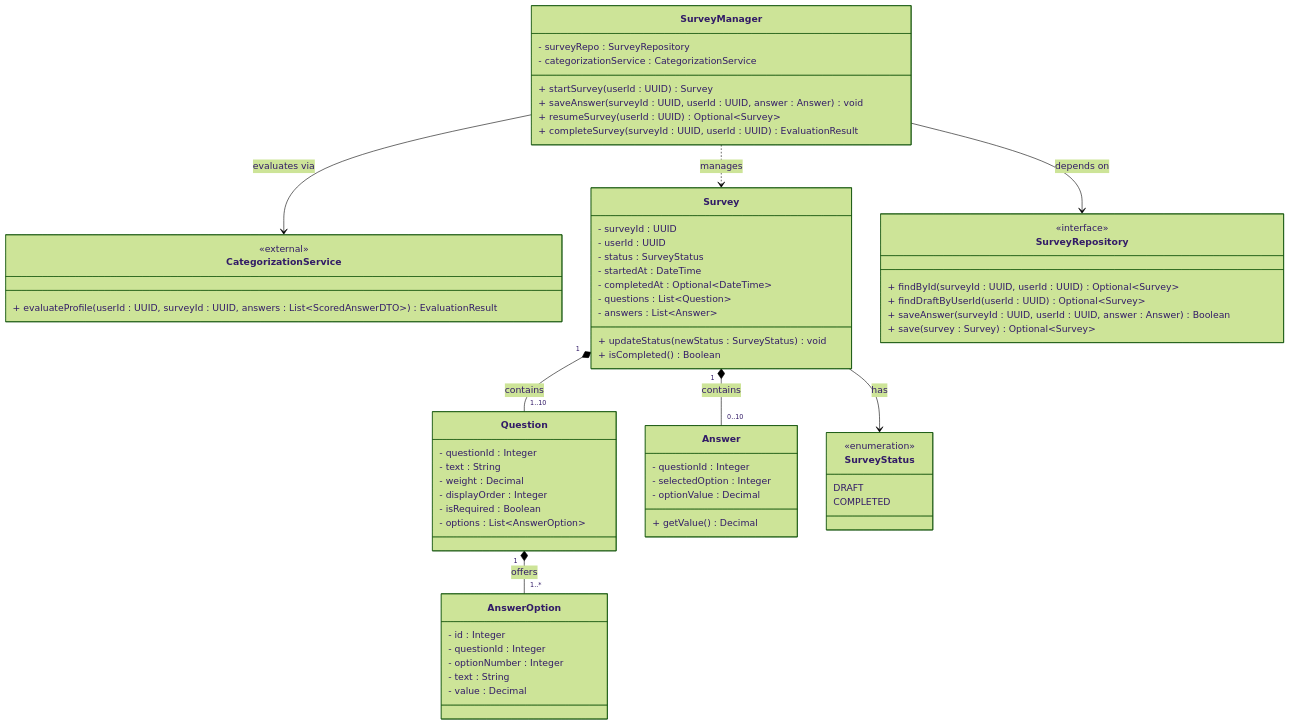
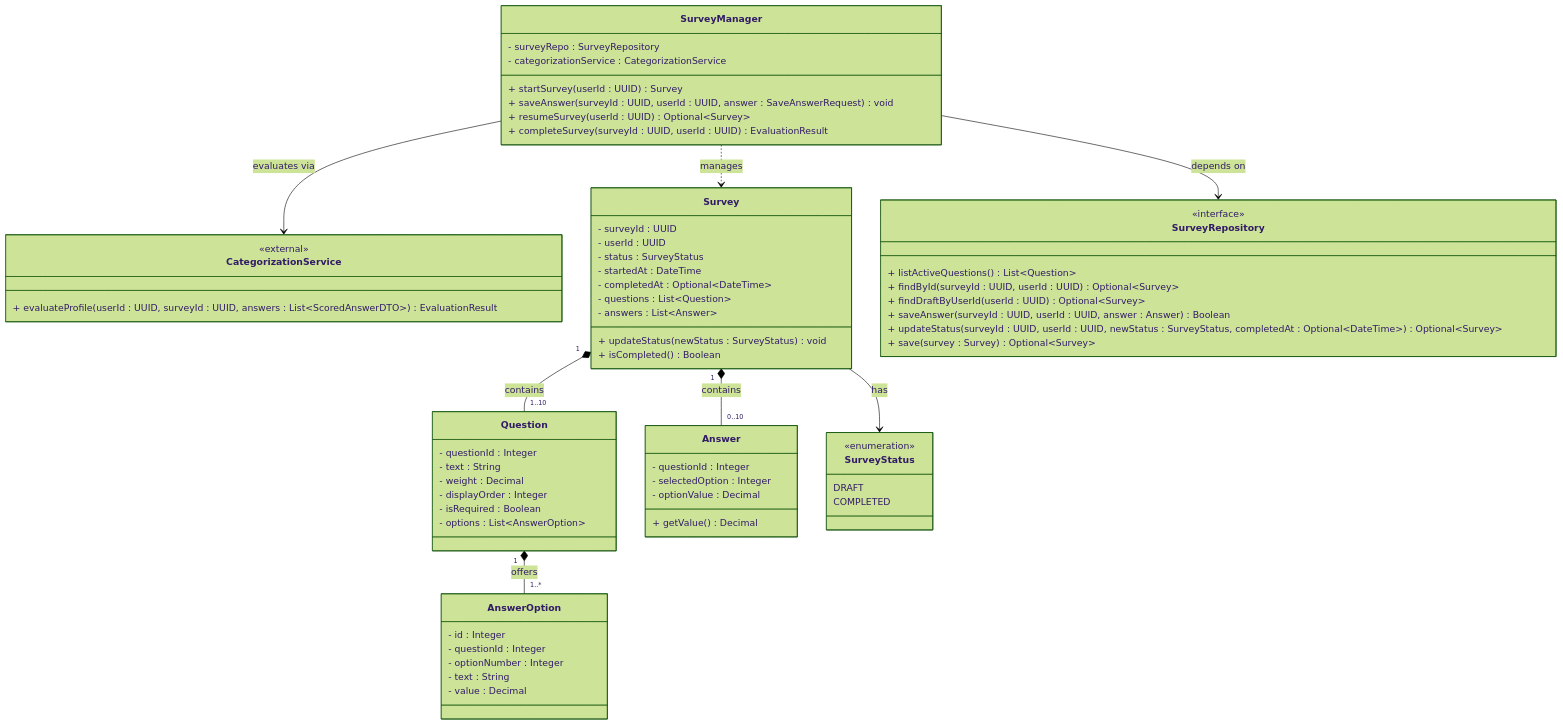
One commit to juacortesva/Grupo-5-Finanzas-Ingesoft_I_UN_2026-II changed the third of 3 diagrams in docs/design/01_Architectural_and_Detailed_Design.md. Above: the diagram before and after it, drawn with Mermaid (forest theme). The commit also changed other lines of this file and 35 other files, not shown here.

````diff
--- a/docs/design/01_Architectural_and_Detailed_Design.md
+++ b/docs/design/01_Architectural_and_Detailed_Design.md
@@ -186,74 +188,76 @@
 ```mermaid
 classDiagram
     class SurveyManager {
         - surveyRepo : SurveyRepository
         - categorizationService : CategorizationService
         + startSurvey(userId : UUID) Survey
-        + saveAnswer(surveyId : UUID, userId : UUID, answer : Answer) void
+        + saveAnswer(surveyId : UUID, userId : UUID, answer : SaveAnswerRequest) void
         + resumeSurvey(userId : UUID) Optional~Survey~
         + completeSurvey(surveyId : UUID, userId : UUID) EvaluationResult
     }
   
     class CategorizationService {
         <<external>>
         + evaluateProfile(userId : UUID, surveyId : UUID, answers : List~ScoredAnswerDTO~) EvaluationResult
     }
 
     class Survey {
         - surveyId : UUID
         - userId : UUID
         - status : SurveyStatus
         - startedAt : DateTime
         - completedAt : Optional~DateTime~
         - questions : List~Question~
         - answers : List~Answer~
         + updateStatus(newStatus : SurveyStatus) void
         + isCompleted() Boolean
     }
   
     class Question {
         - questionId : Integer
         - text : String
         - weight : Decimal
         - displayOrder : Integer
         - isRequired : Boolean
         - options : List~AnswerOption~
     }
 
     class AnswerOption {
         - id : Integer
         - questionId : Integer
         - optionNumber : Integer
         - text : String
         - value : Decimal
     }
   
     class Answer {
         - questionId : Integer
         - selectedOption : Integer
         - optionValue : Decimal
         + getValue() Decimal
     }
   
     class SurveyStatus {
         <<enumeration>>
         DRAFT
         COMPLETED
     }
   
     class SurveyRepository {
         <<interface>>
+        + listActiveQuestions() List~Question~
         + findById(surveyId : UUID, userId : UUID) Optional~Survey~
         + findDraftByUserId(userId : UUID) Optional~Survey~
         + saveAnswer(surveyId : UUID, userId : UUID, answer : Answer) Boolean
+        + updateStatus(surveyId : UUID, userId : UUID, newStatus : SurveyStatus, completedAt : Optional~DateTime~) Optional~Survey~
         + save(survey : Survey) Optional~Survey~
     }
 
     SurveyManager --> SurveyRepository : depends on
     SurveyManager --> CategorizationService : evaluates via
     SurveyManager ..> Survey : manages
     Survey "1" *-- "1..10" Question : contains
     Question "1" *-- "1..*" AnswerOption : offers
     Survey "1" *-- "0..10" Answer : contains
     Survey --> SurveyStatus : has
 ```
````
